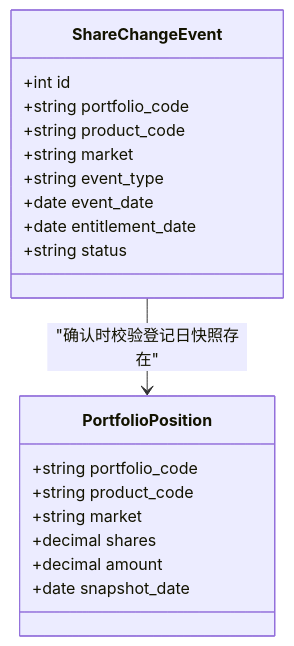
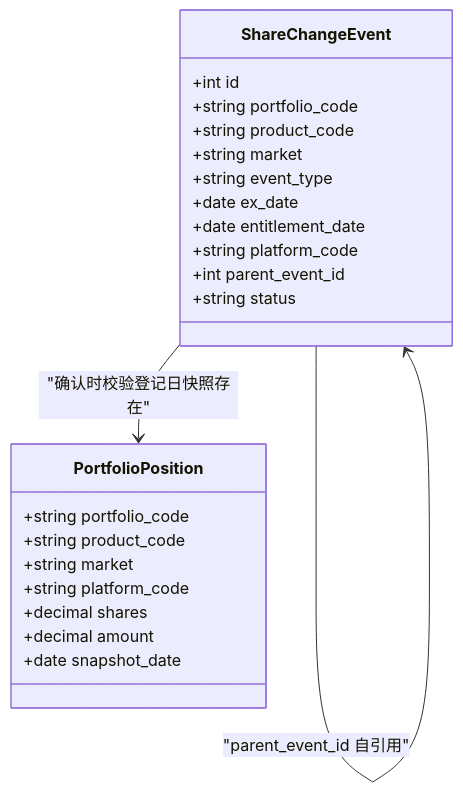
Before and after one commit to gujialind/InvestRing: the fifth of 7 diagrams in .qoder/repowiki/zh/content/核心业务功能/现金与交易录入重构迭代方案.md, drawn with Mermaid. The commit also changed other lines of this file and 8 other files, not shown here.

````diff
--- a/.qoder/repowiki/zh/content/核心业务功能/现金与交易录入重构迭代方案.md
+++ b/.qoder/repowiki/zh/content/核心业务功能/现金与交易录入重构迭代方案.md
@@ -229,22 +237,26 @@
 ```mermaid
 classDiagram
 class ShareChangeEvent {
 +int id
 +string portfolio_code
 +string product_code
 +string market
 +string event_type
-+date event_date
++date ex_date
 +date entitlement_date
++string platform_code
++int parent_event_id
 +string status
 }
 class PortfolioPosition {
 +string portfolio_code
 +string product_code
 +string market
++string platform_code
 +decimal shares
 +decimal amount
 +date snapshot_date
 }
 ShareChangeEvent --> PortfolioPosition : "确认时校验登记日快照存在"
+ShareChangeEvent --> ShareChangeEvent : "parent_event_id 自引用"
 ```
````
